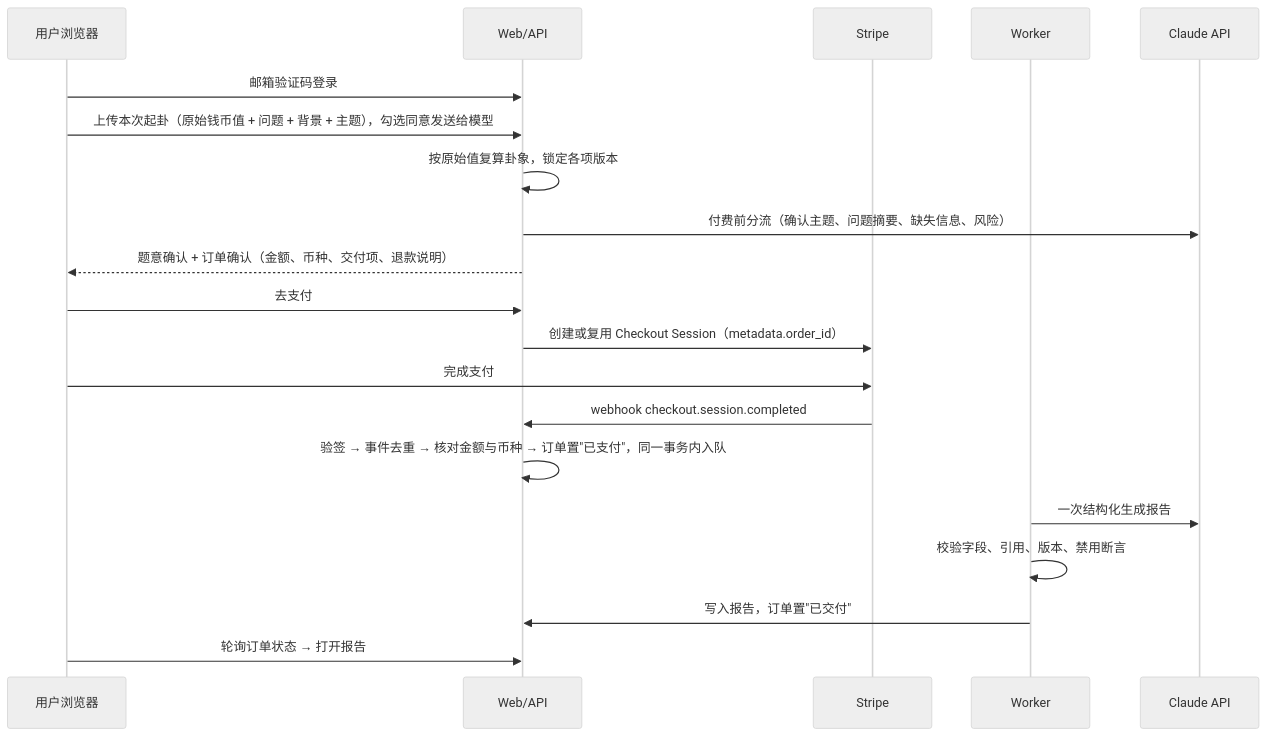
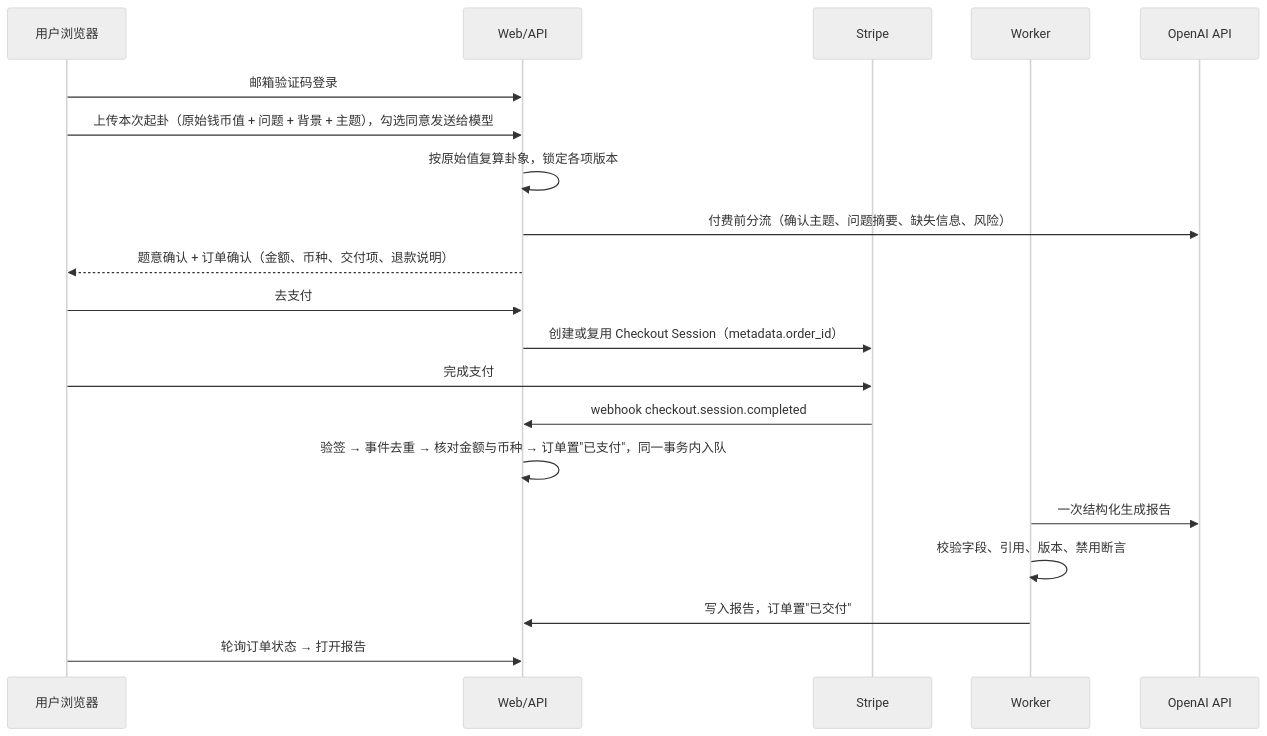
One commit to ChaoSFu/wenshan-iching changed the second of 3 diagrams in docs/technical-design.md. Above: the diagram before and after it, drawn with Mermaid (neutral theme). The commit also changed other lines of this file, not shown here.

First line of the commit message:
docs: 技术方案改用 OpenAI API（v0.2）

````diff
--- a/docs/technical-design.md
+++ b/docs/technical-design.md
@@ -128,22 +130,22 @@
 ```mermaid
 sequenceDiagram
   participant U as 用户浏览器
   participant A as Web/API
   participant S as Stripe
   participant W as Worker
-  participant M as Claude API
+  participant M as OpenAI API
   U->>A: 邮箱验证码登录
   U->>A: 上传本次起卦（原始钱币值 + 问题 + 背景 + 主题），勾选同意发送给模型
   A->>A: 按原始值复算卦象，锁定各项版本
   A->>M: 付费前分流（确认主题、问题摘要、缺失信息、风险）
   A-->>U: 题意确认 + 订单确认（金额、币种、交付项、退款说明）
   U->>A: 去支付
   A->>S: 创建或复用 Checkout Session（metadata.order_id）
   U->>S: 完成支付
   S->>A: webhook checkout.session.completed
   A->>A: 验签 → 事件去重 → 核对金额与币种 → 订单置"已支付"，同一事务内入队
   W->>M: 一次结构化生成报告
   W->>W: 校验字段、引用、版本、禁用断言
   W->>A: 写入报告，订单置"已交付"
   U->>A: 轮询订单状态 → 打开报告
 ```
````
